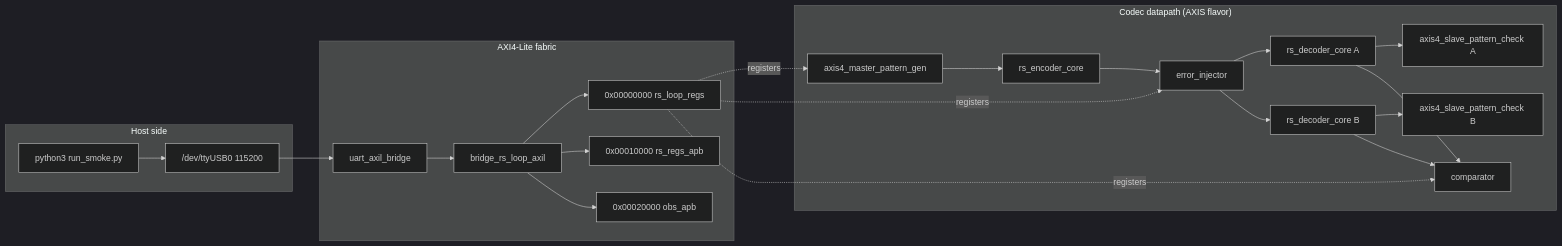
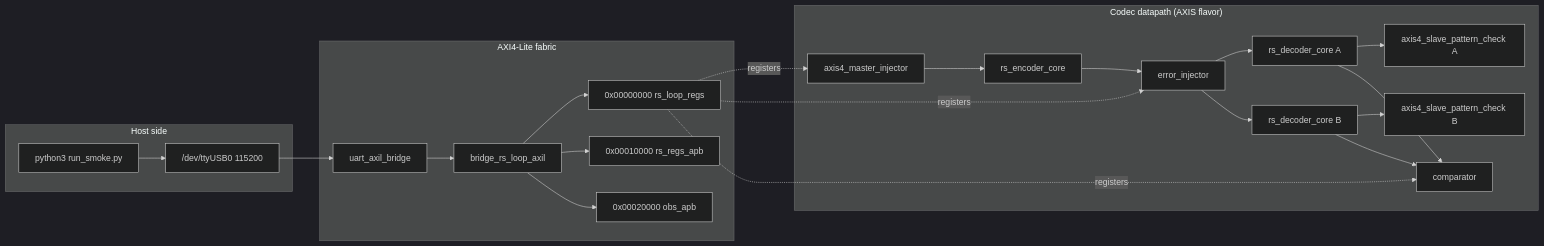
Before and after one commit to sean-galloway/RTLDesignSherpa: the diagram in projects/fpga-systems/Genesys2/ecc-ip/reed-solomon/docs/UART_HARNESS.md, drawn with Mermaid (dark theme). The commit also changed other lines of this file and 105 other files, not shown here.

First line of the commit message:
refactor(amba): rename characterization *pattern_gen blocks to *injector

````diff
--- a/projects/fpga-systems/Genesys2/ecc-ip/reed-solomon/docs/UART_HARNESS.md
+++ b/projects/fpga-systems/Genesys2/ecc-ip/reed-solomon/docs/UART_HARNESS.md
@@ -95,39 +95,39 @@
 ```mermaid
 flowchart LR
     subgraph host["Host side"]
         py["python3 run_smoke.py"]
         port["/dev/ttyUSB0 115200"]
     end
 
     subgraph fabric["AXI4-Lite fabric"]
         bridge["uart_axil_bridge"]
         xbar["bridge_rs_loop_axil"]
         w0["0x00000000 rs_loop_regs"]
         w1["0x00010000 rs_regs_apb"]
         w2["0x00020000 obs_apb"]
     end
 
     subgraph datapath["Codec datapath (AXIS flavor)"]
-        gen["axis4_master_pattern_gen"]
+        gen["axis4_master_injector"]
         enc["rs_encoder_core"]
         inj["error_injector"]
         decA["rs_decoder_core A"]
         decB["rs_decoder_core B"]
         chkA["axis4_slave_pattern_check A"]
         chkB["axis4_slave_pattern_check B"]
         cmp["comparator"]
     end
 
     py --> port --> bridge --> xbar
     xbar --> w0
     xbar --> w1
     xbar --> w2
     w0 -.->|registers| gen
     w0 -.->|registers| inj
     w0 -.->|registers| cmp
     gen --> enc --> inj
     inj --> decA --> chkA
     inj --> decB --> chkB
     decA --> cmp
     decB --> cmp
 ```
````
